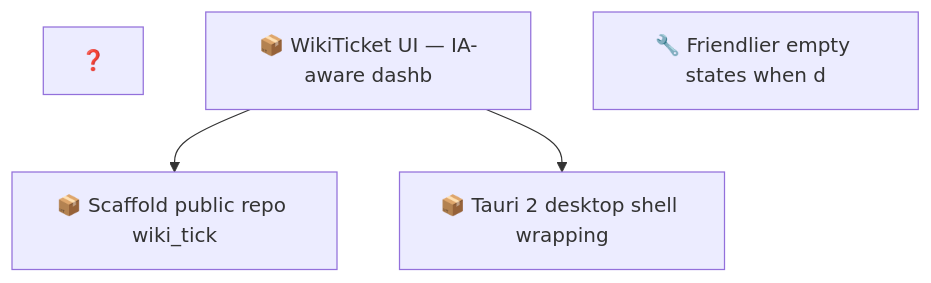
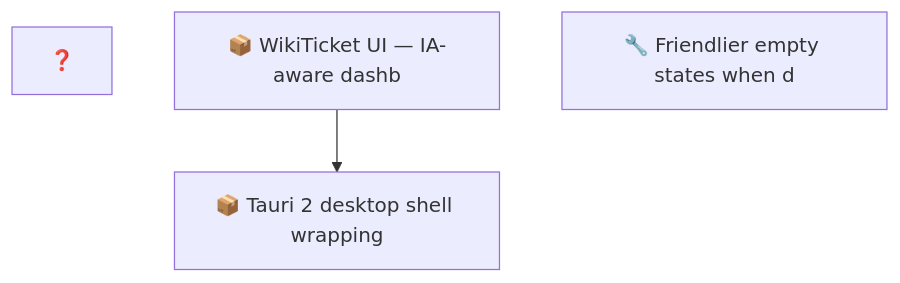
One commit to SpillwaveSolutions/wiki_ticket_sdd_ui changed the second of 2 diagrams in docs/roadmap.md. Above: the diagram before and after it, drawn with Mermaid. The commit also changed other lines of this file and 6 other files, not shown here.

````diff
--- a/docs/roadmap.md
+++ b/docs/roadmap.md
@@ -77,10 +68,8 @@
 ```mermaid
 graph TD
     01KY5ZZX["❓ "]
-    01KY5ZZX8Y6N7E5YQYP4X1V7VA["📦 Scaffold public repo wiki_tick"]
     01KY5ZZX8YXD5YDJKQGJ3VCCHN["📦 WikiTicket UI — IA-aware dashb"]
     01KY5ZZX8Z46K7BCSPPFKN23JZ["📦 Tauri 2 desktop shell wrapping"]
     01KY67KXG4E4D2P1FJ6JPKTYX3["🔧 Friendlier empty states when d"]
-    01KY5ZZX8YXD5YDJKQGJ3VCCHN --> 01KY5ZZX8Y6N7E5YQYP4X1V7VA
     01KY5ZZX8YXD5YDJKQGJ3VCCHN --> 01KY5ZZX8Z46K7BCSPPFKN23JZ
 ```
````
